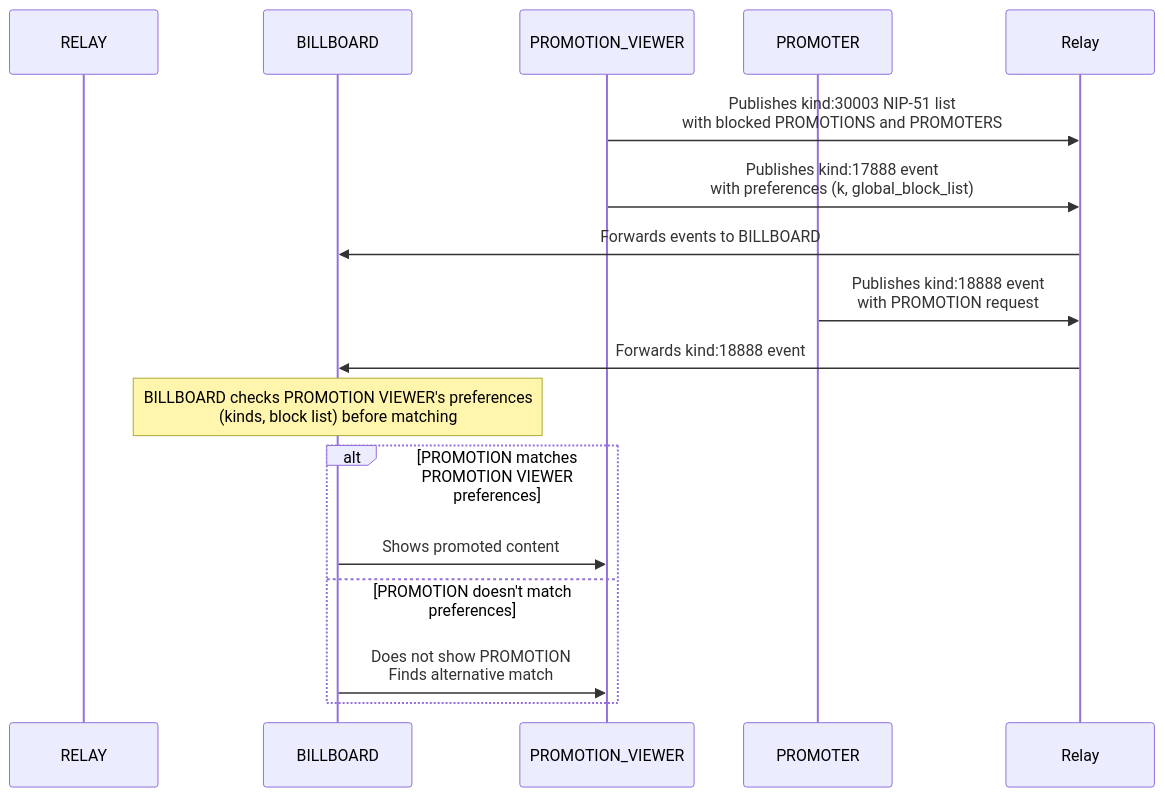
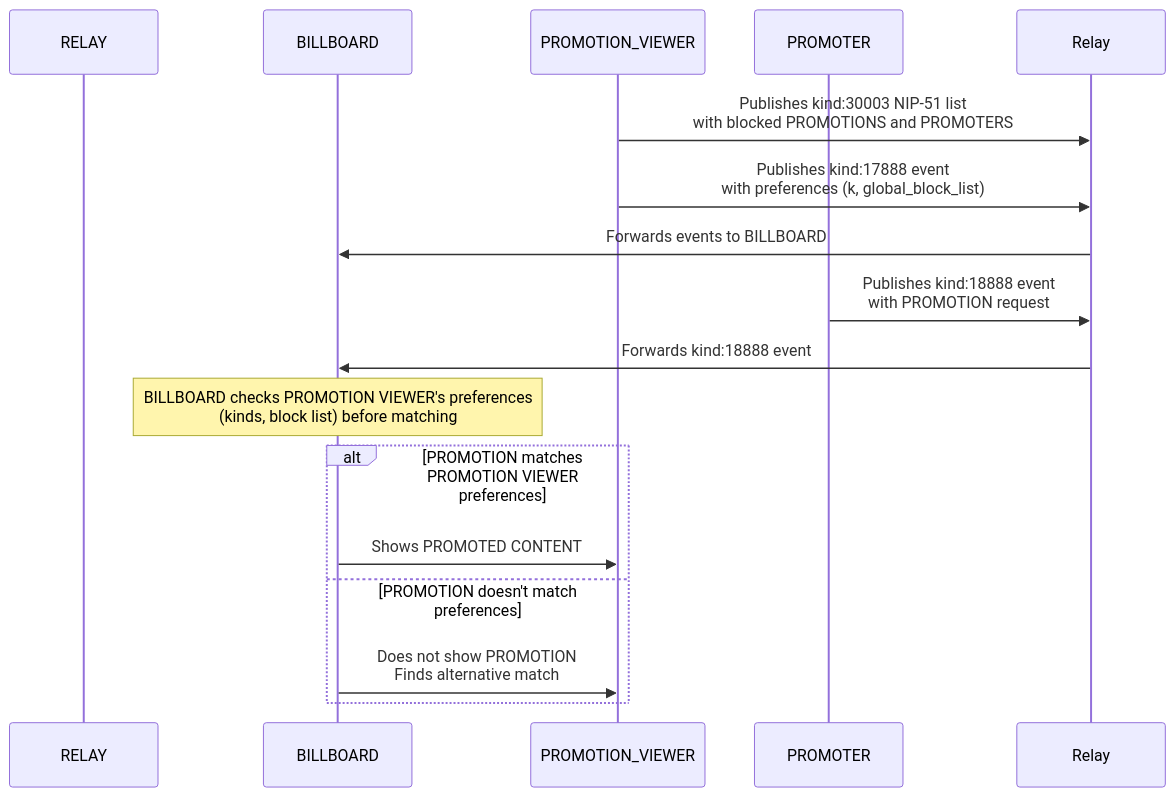
Before and after one commit to joinnextblock/attn-protocol: the diagram in NIP-X3.md, drawn with Mermaid. The commit also changed other lines of this file and 6 other files, not shown here.

````diff
--- a/NIP-X3.md
+++ b/NIP-X3.md
@@ -117,21 +119,21 @@
 ```mermaid
 sequenceDiagram
     participant RELAY
     participant BILLBOARD
     participant PROMOTION_VIEWER
     participant PROMOTER
 
     PROMOTION_VIEWER->>Relay: Publishes kind:30003 NIP-51 list<br/>with blocked PROMOTIONS and PROMOTERS
     PROMOTION_VIEWER->>Relay: Publishes kind:17888 event<br/>with preferences (k, global_block_list)
     Relay->>BILLBOARD: Forwards events to BILLBOARD
     PROMOTER->>Relay: Publishes kind:18888 event<br/>with PROMOTION request
     Relay->>BILLBOARD: Forwards kind:18888 event
     
     Note over BILLBOARD: BILLBOARD checks PROMOTION VIEWER's preferences<br/>(kinds, block list) before matching
     
     alt PROMOTION matches PROMOTION VIEWER preferences
-        BILLBOARD->>PROMOTION_VIEWER: Shows promoted content
+        BILLBOARD->>PROMOTION_VIEWER: Shows PROMOTED CONTENT
     else PROMOTION doesn't match preferences
         BILLBOARD->>PROMOTION_VIEWER: Does not show PROMOTION<br/>Finds alternative match
     end
 ```
````
